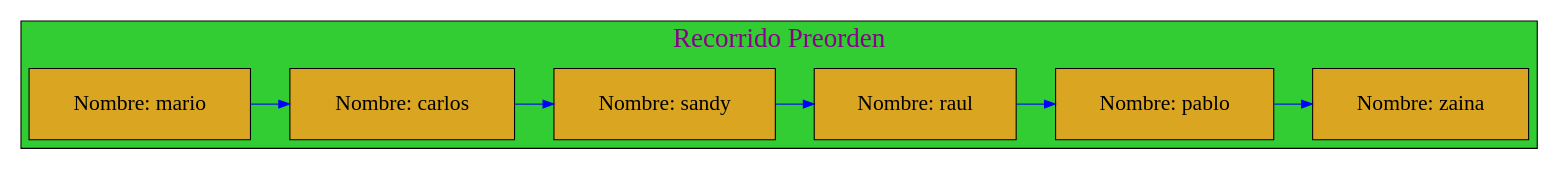
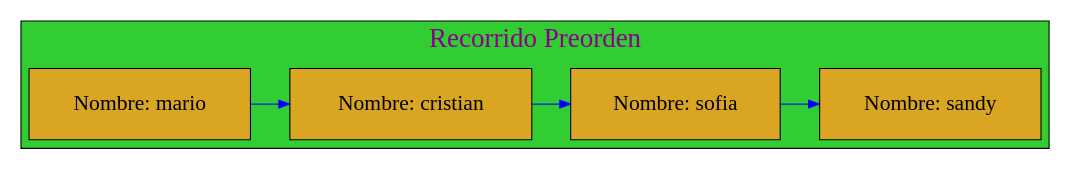
The diagram in Graficas/Recorrido_Preorden.dot (mariotun/EDD_1S2020_PY1_201602942), drawn with Graphviz before and after one commit. The commit also changed 17 other files, not shown here.

```diff
--- a/Graficas/Recorrido_Preorden.dot
+++ b/Graficas/Recorrido_Preorden.dot
@@ -1,28 +1,26 @@
 digraph Preorden_Traversal{
 
 graph[ranksep= "0.5",nodesep= "0.5"];subgraph cluster_4{
 
 label="Recorrido Preorden";
 labelloc=t;
 fontcolor=magenta4;
 fontname=algerian;
 fontsize=25;
 style=filled;
 fillcolor=limegreen;
 
 node[margin=0.3 shape=box style=filled fontcolor=black fillcolor=goldenrod fontsize=20];
 {rank=same;
 
 25770475776[label="Nombre: mario " ];
-25770476512[label="Nombre: carlos " ];
-25770475984[label="Nombre: sandy " ];
-25770476992[label="Nombre: raul " ];
-25770476288[label="Nombre: pablo " ];
-25770477200[label="Nombre: zaina " ];
+25770475984[label="Nombre: cristian " ];
+25770476384[label="Nombre: sofia " ];
+25770476192[label="Nombre: sandy " ];
 };
-25770475776 -> 25770476512 -> 25770475984 -> 25770476992 -> 25770476288 -> 25770477200 
+25770475776 -> 25770475984 -> 25770476384 -> 25770476192 
 
 [color=blue ];
 }
 
 }
```
